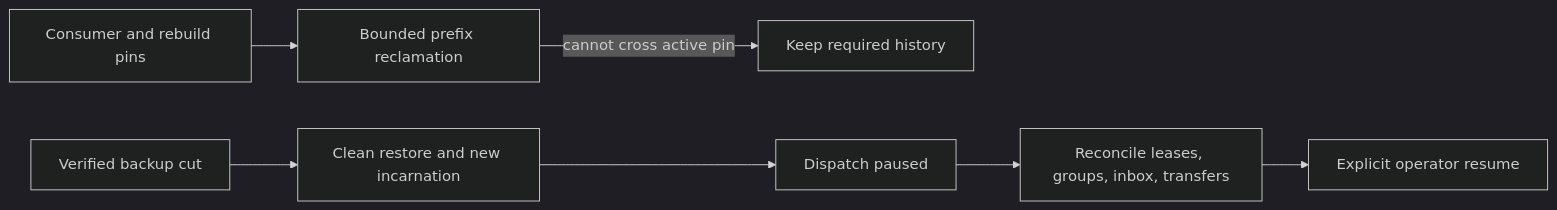
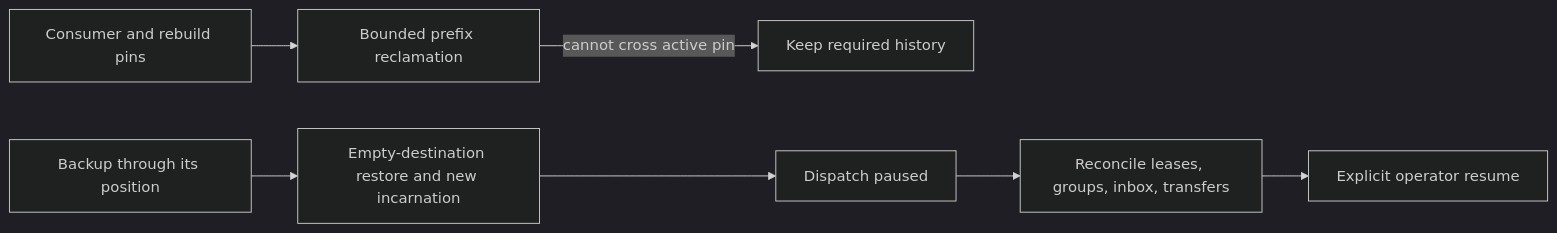
The diagram in docs/ADR/ADR-030-retention-paused-restore.md (managedcode/KeyLoad), drawn with Mermaid (dark theme) before and after one commit. The commit also changed other lines of this file and 1072 other files, not shown here.

````diff
--- a/docs/ADR/ADR-030-retention-paused-restore.md
+++ b/docs/ADR/ADR-030-retention-paused-restore.md
@@ -11,9 +11,9 @@
 ```mermaid
 flowchart LR
     Consumers[Consumer and rebuild pins] --> GC[Bounded prefix reclamation]
     GC -->|cannot cross active pin| Retain[Keep required history]
-    Backup[Verified backup cut] --> Restore[Clean restore and new incarnation]
+    Backup[Backup through its position] --> Restore[Empty-destination restore and new incarnation]
     Restore --> Paused[Dispatch paused]
     Paused --> Reconcile[Reconcile leases, groups, inbox, transfers]
     Reconcile --> Resume[Explicit operator resume]
 ```
````
